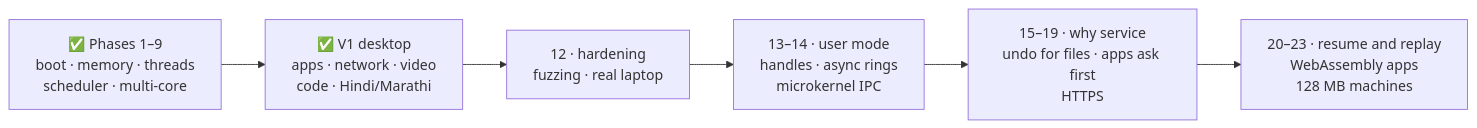
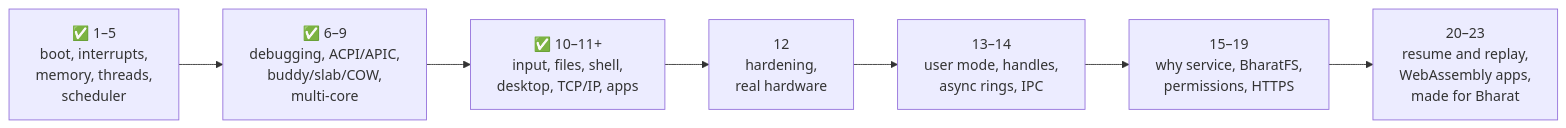
One commit to Siddhesh-source/NexusOS--a-custom-operating-system changed the third of 3 diagrams in README.md. Above: the diagram before and after it, drawn with Mermaid. The commit also changed other lines of this file and 2 other files, not shown here.

````diff
--- a/README.md
+++ b/README.md
@@ -173,8 +164,9 @@
 ```mermaid
 flowchart LR
-    A["✅ Phases 1–9<br/>boot · memory · threads<br/>scheduler · multi-core"] --> B["✅ V1 desktop<br/>apps · network · video<br/>code · Hindi/Marathi"]
-    B --> C["12 · hardening<br/>fuzzing · real laptop"]
-    C --> D["13–14 · user mode<br/>handles · async rings<br/>microkernel IPC"]
-    D --> E["15–19 · why service<br/>undo for files · apps ask first<br/>HTTPS"]
-    E --> F["20–23 · resume and replay<br/>WebAssembly apps<br/>128 MB machines"]
+    A["✅ 1–5<br/>boot, interrupts,<br/>memory, threads,<br/>scheduler"] --> B["✅ 6–9<br/>debugging, ACPI/APIC,<br/>buddy/slab/COW,<br/>multi-core"]
+    B --> C["✅ 10–11+<br/>input, files, shell,<br/>desktop, TCP/IP, apps"]
+    C --> D["12<br/>hardening,<br/>real hardware"]
+    D --> E["13–14<br/>user mode, handles,<br/>async rings, IPC"]
+    E --> F["15–19<br/>why service, BharatFS,<br/>permissions, HTTPS"]
+    F --> G["20–23<br/>resume and replay,<br/>WebAssembly apps,<br/>made for Bharat"]
 ```
````
